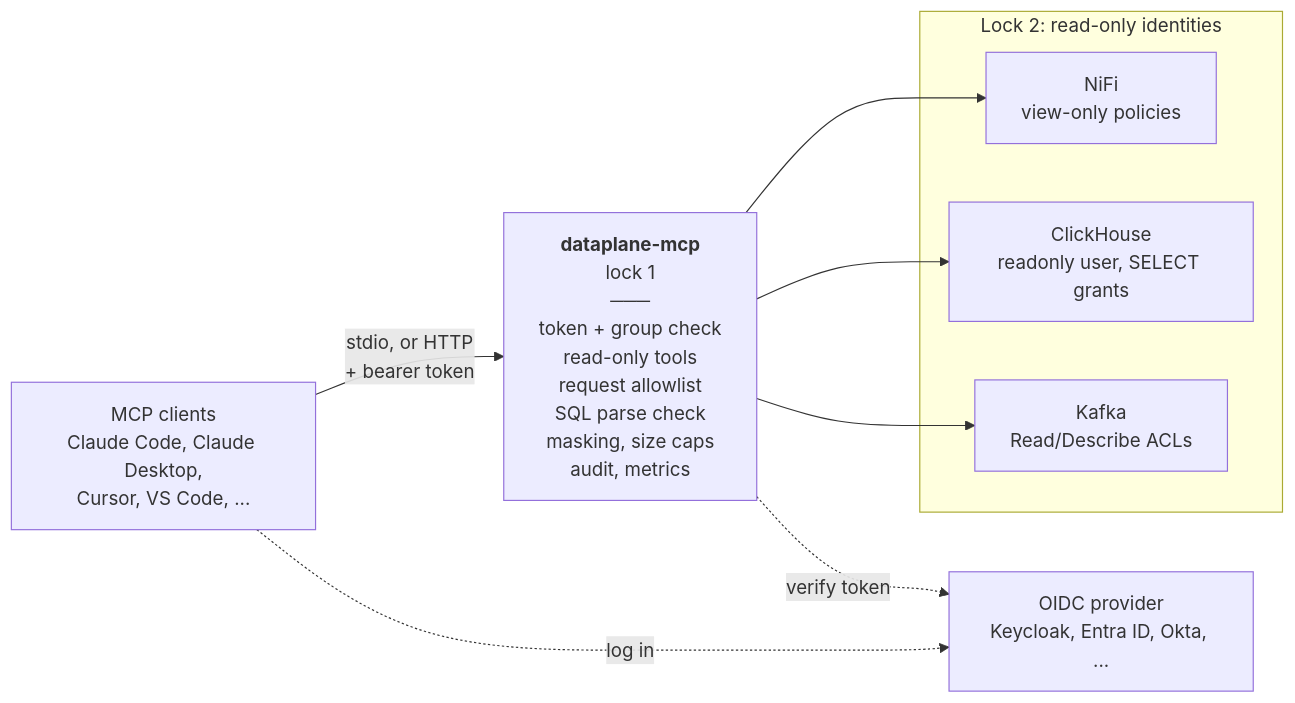
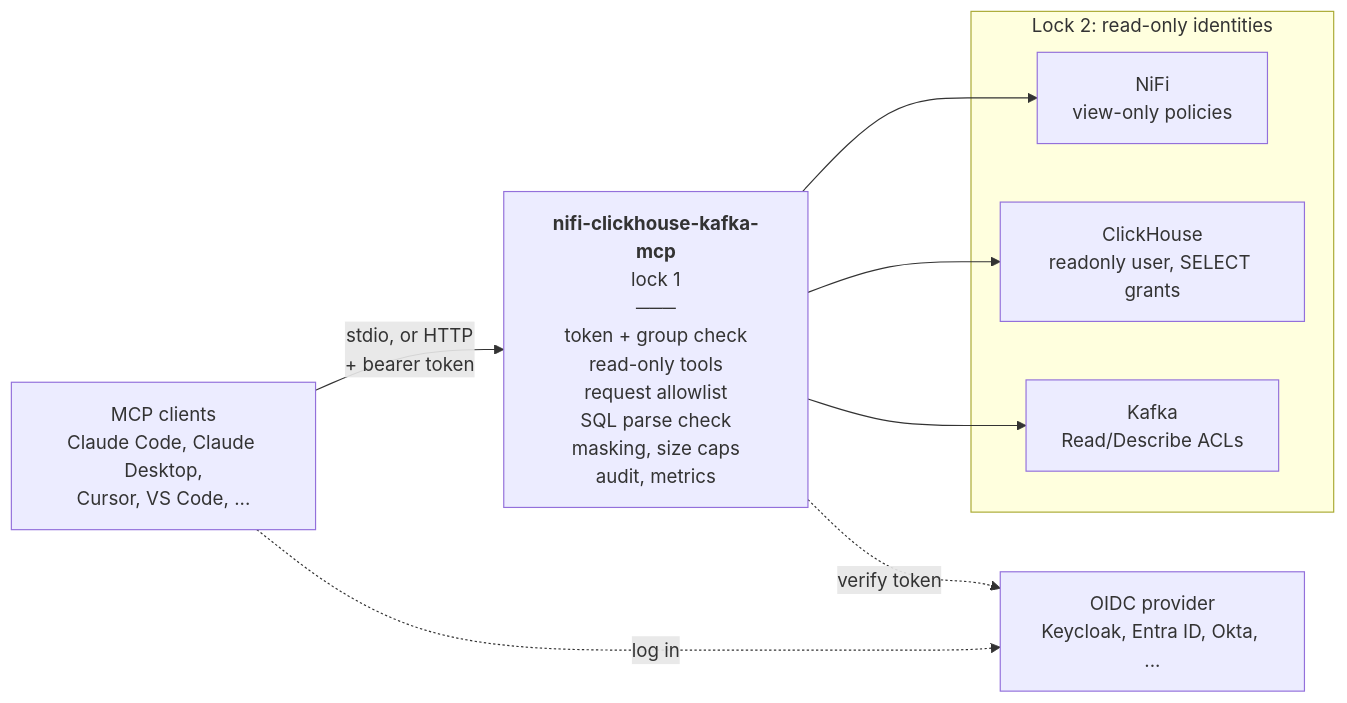
One commit to arogan178/nifi-clickhouse-kafka-mcp changed the diagram in README.md. Above: the diagram before and after it, drawn with Mermaid. The commit also changed other lines of this file and 36 other files, not shown here.

Commit message:
Rename to nifi-clickhouse-kafka-mcp

````diff
--- a/README.md
+++ b/README.md
@@ -22,17 +22,17 @@
 ```mermaid
 flowchart LR
     clients["MCP clients<br/>Claude Code, Claude Desktop,<br/>Cursor, VS Code, ..."]
     idp["OIDC provider<br/>Keycloak, Entra ID, Okta, ..."]
-    gw["<b>dataplane-mcp</b><br/>lock 1<br/>───<br/>token + group check<br/>read-only tools<br/>request allowlist<br/>SQL parse check<br/>masking, size caps<br/>audit, metrics"]
+    gw["<b>nifi-clickhouse-kafka-mcp</b><br/>lock 1<br/>───<br/>token + group check<br/>read-only tools<br/>request allowlist<br/>SQL parse check<br/>masking, size caps<br/>audit, metrics"]
     subgraph backends["Lock 2: read-only identities"]
         nifi["NiFi<br/>view-only policies"]
         ch["ClickHouse<br/>readonly user, SELECT grants"]
         kafka["Kafka<br/>Read/Describe ACLs"]
     end
     clients -- "stdio, or HTTP<br/>+ bearer token" --> gw
     clients -. "log in" .-> idp
     gw -. "verify token" .-> idp
     gw --> nifi
     gw --> ch
     gw --> kafka
 ```
````
